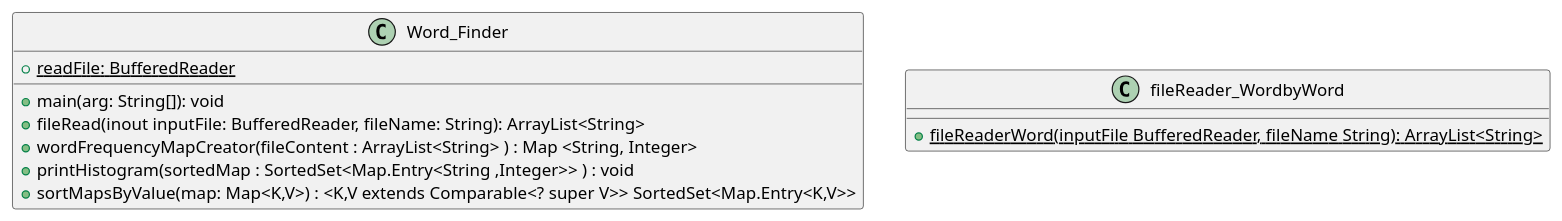
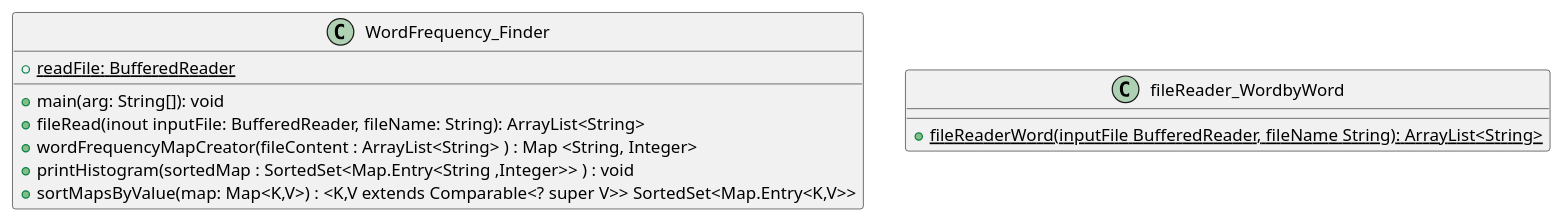
The diagram in src/main/java/ex46/ex46 Class Diagram.puml (victoru1/urena-cop3330-assignment3), drawn with PlantUML before and after one commit.

Commit message:
init commit

```diff
--- a/src/main/java/ex46/ex46 Class Diagram.puml
+++ b/src/main/java/ex46/ex46 Class Diagram.puml
@@ -1,23 +1,23 @@
 @startuml
 'https://plantuml.com/sequence-diagram
 
-class Word_Finder{
+class WordFrequency_Finder{
 
  +{static}readFile: BufferedReader
 
 
  + main(arg: String[]): void
  + fileRead(inout inputFile: BufferedReader, fileName: String): ArrayList<String>
  + wordFrequencyMapCreator(fileContent : ArrayList<String> ) : Map <String, Integer>
  + printHistogram(sortedMap : SortedSet<Map.Entry<String ,Integer>> ) : void
  + sortMapsByValue(map: Map<K,V>) : <K,V extends Comparable<? super V>> SortedSet<Map.Entry<K,V>>
 
 }
 
 class fileReader_WordbyWord {
 
  +{static} fileReaderWord(inputFile BufferedReader, fileName String): ArrayList<String>
 
 
 }
 @enduml
```
